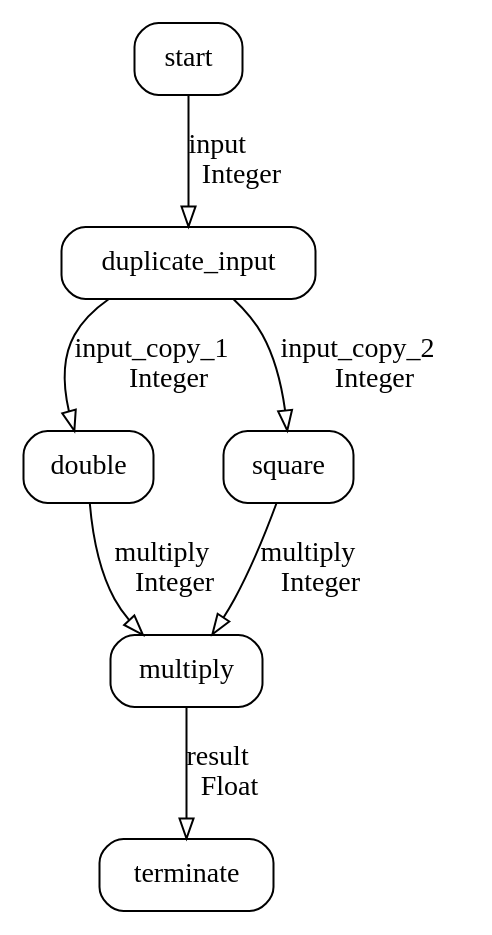
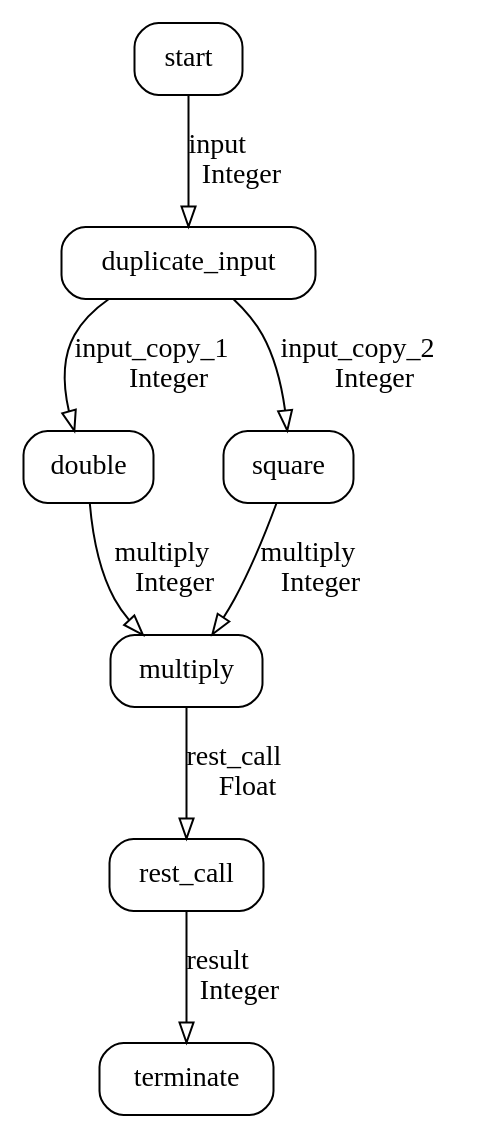
The diagram in dge-example/src/generated/graph.dot (qwfy/dge), drawn with Graphviz before and after one commit. The commit also changed 11 other files, not shown here.

```diff
--- a/dge-example/src/generated/graph.dot
+++ b/dge-example/src/generated/graph.dot
@@ -1,14 +1,16 @@
 digraph {
     0 [ label = "start" shape = "box" style = "rounded"]
     1 [ label = "duplicate_input" shape = "box" style = "rounded"]
     2 [ label = "double" shape = "box" style = "rounded"]
     3 [ label = "square" shape = "box" style = "rounded"]
     4 [ label = "multiply" shape = "box" style = "rounded"]
-    5 [ label = "terminate" shape = "box" style = "rounded"]
+    5 [ label = "rest_call" shape = "box" style = "rounded"]
+    6 [ label = "terminate" shape = "box" style = "rounded"]
     0 -> 1 [ label = "input\lInteger" arrowhead = "onormal"]
     1 -> 2 [ label = "input_copy_1\lInteger" arrowhead = "onormal"]
     1 -> 3 [ label = "input_copy_2\lInteger" arrowhead = "onormal"]
     2 -> 4 [ label = "multiply\lInteger" arrowhead = "onormal"]
     3 -> 4 [ label = "multiply\lInteger" arrowhead = "onormal"]
-    4 -> 5 [ label = "result\lFloat" arrowhead = "onormal"]
+    4 -> 5 [ label = "rest_call\lFloat" arrowhead = "onormal"]
+    5 -> 6 [ label = "result\lInteger" arrowhead = "onormal"]
 }
```
